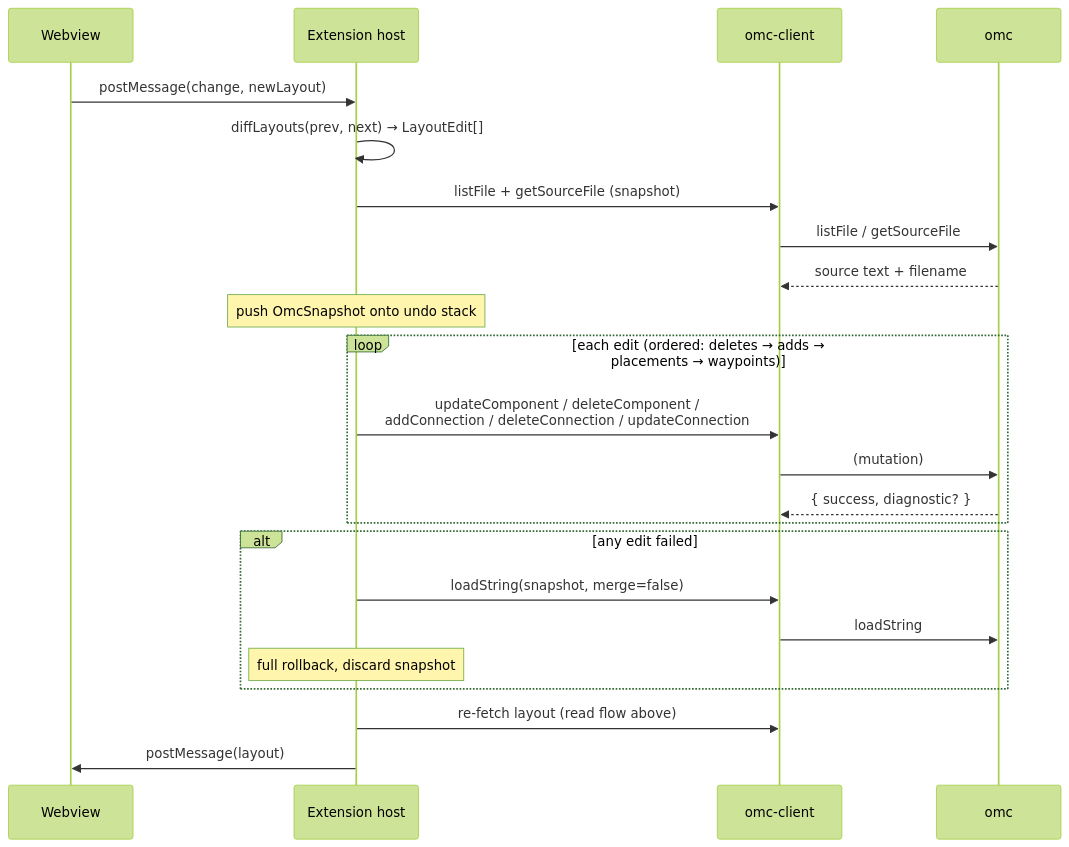
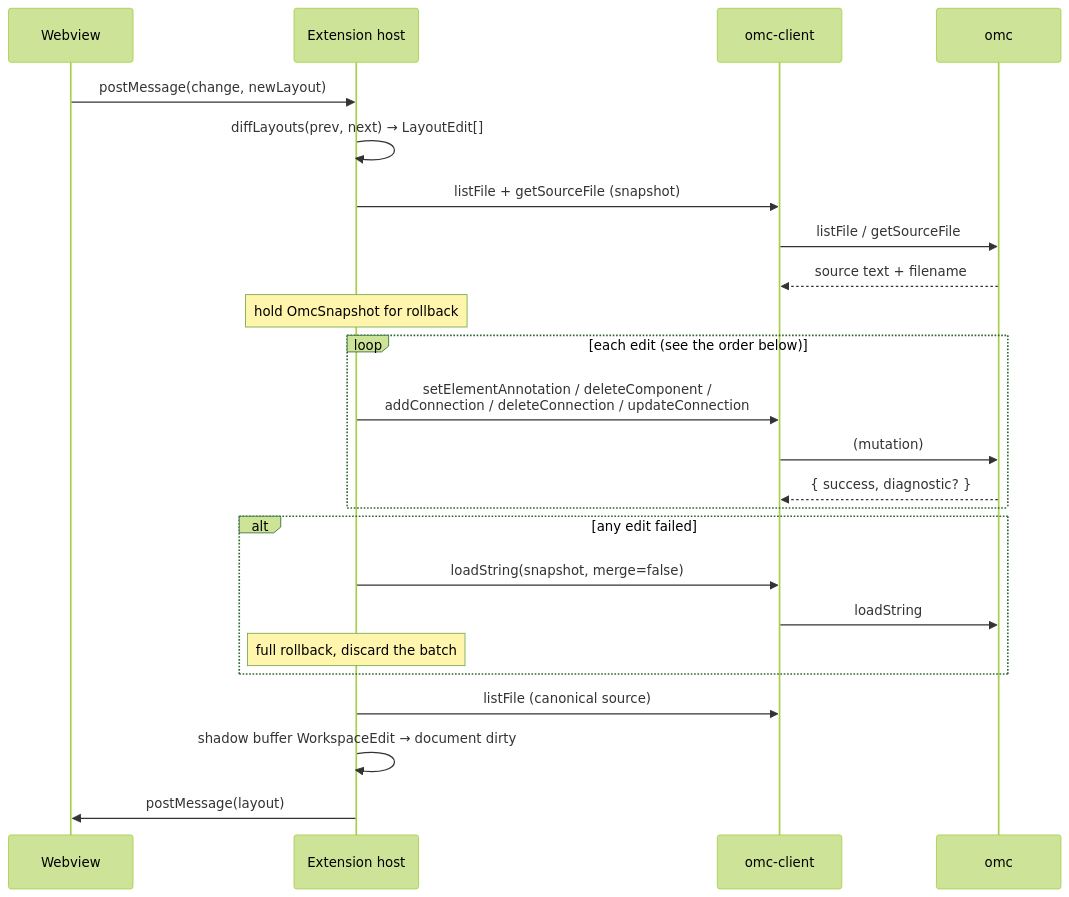
One commit to dicode-ayo/modelica-wrapper changed the third of 3 diagrams in docs/architecture.md. Above: the diagram before and after it, drawn with Mermaid (forest theme). The commit also changed other lines of this file and 1 other file, not shown here.

````diff
--- a/docs/architecture.md
+++ b/docs/architecture.md
@@ -157,26 +158,27 @@
 ```mermaid
 sequenceDiagram
     participant W as Webview
     participant H as Extension host
     participant C as omc-client
     participant O as omc
 
     W->>H: postMessage(change, newLayout)
     H->>H: diffLayouts(prev, next) → LayoutEdit[]
     H->>C: listFile + getSourceFile (snapshot)
     C->>O: listFile / getSourceFile
     O-->>C: source text + filename
-    Note over H: push OmcSnapshot onto undo stack
-    loop each edit (ordered: deletes → adds → placements → waypoints)
-        H->>C: updateComponent / deleteComponent /<br/>addConnection / deleteConnection / updateConnection
+    Note over H: hold OmcSnapshot for rollback
+    loop each edit (see the order below)
+        H->>C: setElementAnnotation / deleteComponent /<br/>addConnection / deleteConnection / updateConnection
         C->>O: (mutation)
         O-->>C: { success, diagnostic? }
     end
     alt any edit failed
         H->>C: loadString(snapshot, merge=false)
         C->>O: loadString
-        Note over H: full rollback, discard snapshot
+        Note over H: full rollback, discard the batch
     end
-    H->>C: re-fetch layout (read flow above)
+    H->>C: listFile (canonical source)
+    H->>H: shadow buffer WorkspaceEdit → document dirty
     H->>W: postMessage(layout)
 ```
````
